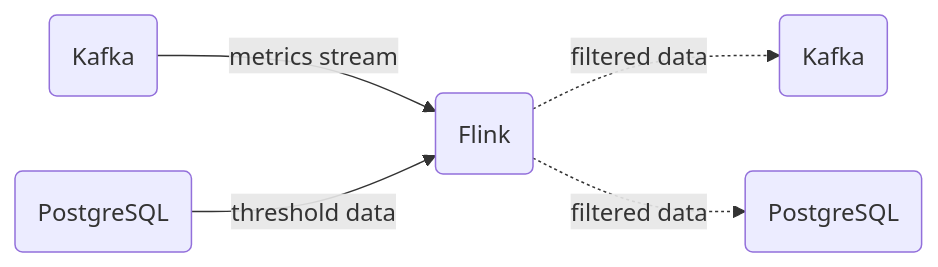
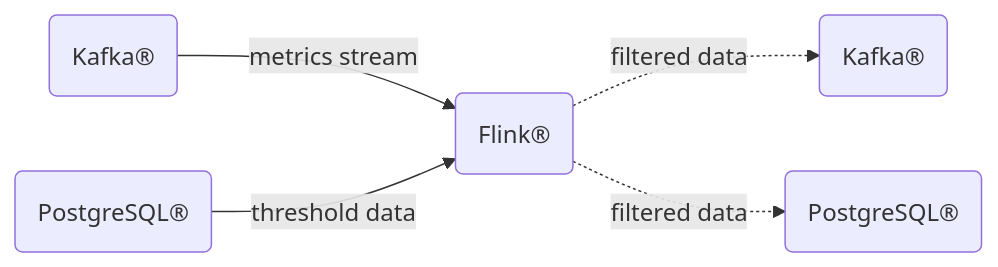
The first of 5 diagrams in docs/products/flink/howto/real-time-alerting-solution.rst (aiven/devportal), drawn with Mermaid before and after one commit. The commit also changed other lines of this file and 1 other file, not shown here.

Commit message:
re-add trademark symbols in mermaid graphs

```diff
--- a/docs/products/flink/howto/real-time-alerting-solution.rst
+++ b/docs/products/flink/howto/real-time-alerting-solution.rst
@@ -11,8 +11,8 @@
 .. mermaid::
 
     graph LR;
 
-        id1(Kafka)-- metrics stream -->id3(Flink);
-        id2(PostgreSQL)-- threshold data -->id3;
-        id3-. filtered data .->id4(Kafka);
-        id3-. filtered data .->id5(PostgreSQL);
+        id1("Kafka®")-- metrics stream -->id3("Flink®");
+        id2("PostgreSQL®")-- threshold data -->id3;
+        id3-. filtered data .->id4("Kafka®");
+        id3-. filtered data .->id5("PostgreSQL®");
```
